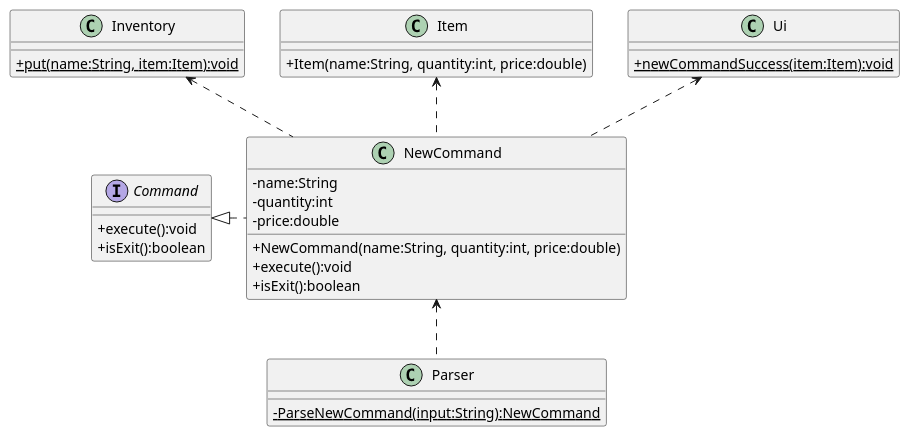
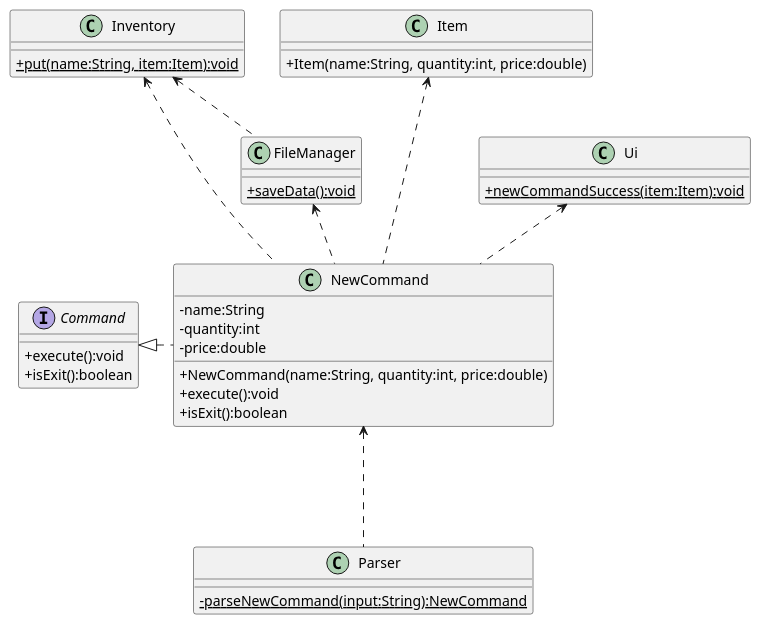
Before and after one commit to nus-cs2113-AY2324S2/tp: the first of 2 diagrams in docs/uml-diagrams/NewCommand.puml, drawn with PlantUML. The commit also changed other lines of this file and 10 other files, not shown here.

```diff
--- a/docs/uml-diagrams/NewCommand.puml
+++ b/docs/uml-diagrams/NewCommand.puml
@@ -1,48 +1,55 @@
 @startuml
 'https://plantuml.com/class-diagram
 skinparam classAttributeIconSize 0
 
 abstract class Command
 class Inventory
 class Item
 class NewCommand
 class Parser
 class Ui
+class FileManager
 
 Command <|. NewCommand
-Item <.. NewCommand
+Item <... NewCommand
 Ui <.. NewCommand
 Inventory <.. NewCommand
-NewCommand <.. Parser
+NewCommand <... Parser
+FileManager <.. NewCommand
+Inventory <.. FileManager
 
 interface Command {
     +execute():void
     +isExit():boolean
 }
 
 class NewCommand {
     -name:String
     -quantity:int
     -price:double
     +NewCommand(name:String, quantity:int, price:double)
     +execute():void
     +isExit():boolean
 }
 
 class Item {
     +Item(name:String, quantity:int, price:double)
 }
 
 class Inventory {
     {static}+put(name:String, item:Item):void
 }
 
 class Ui {
     {static}+newCommandSuccess(item:Item):void
 }
 
 class Parser {
-    {static}-ParseNewCommand(input:String):NewCommand
+    {static}-parseNewCommand(input:String):NewCommand
+}
+
+class FileManager {
+    {static}+saveData():void
 }
 
 @enduml
```
